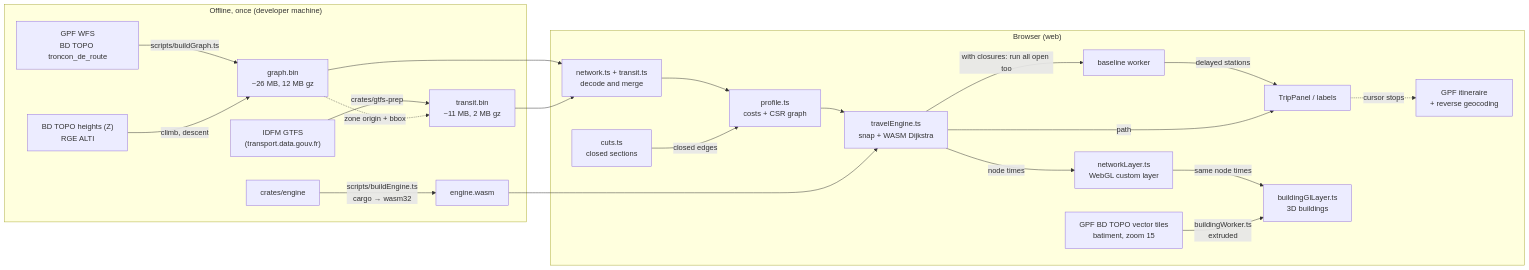
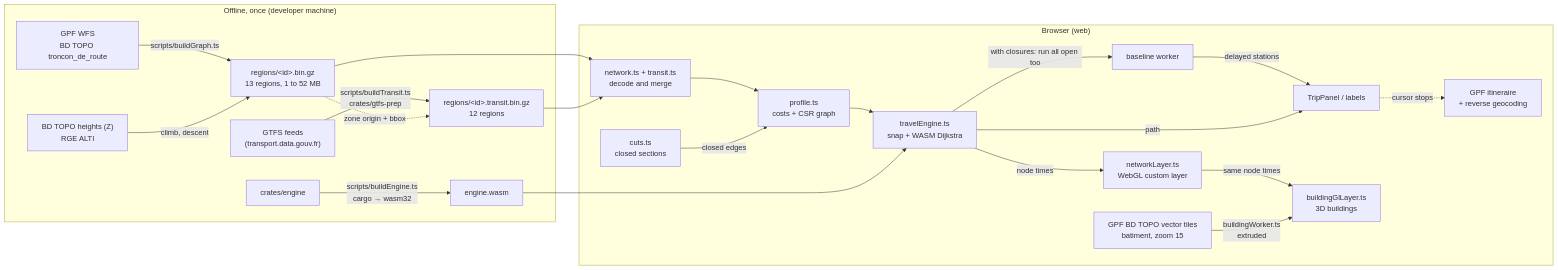
Before and after one commit to IGNF/geo-reach: the first of 2 diagrams in docs/architecture.md, drawn with Mermaid. The commit also changed other lines of this file and 26 other files, not shown here.

````diff
--- a/docs/architecture.md
+++ b/docs/architecture.md
@@ -9,27 +9,27 @@
 ```mermaid
 flowchart LR
   subgraph prep["Offline, once (developer machine)"]
-    WFS["GPF WFS<br/>BD TOPO troncon_de_route"] -->|scripts/buildGraph.ts| G[graph.bin<br/>~26 MB, 12 MB gz]
+    WFS["GPF WFS<br/>BD TOPO troncon_de_route"] -->|scripts/buildGraph.ts| G["regions/&lt;id&gt;.bin.gz<br/>13 regions, 1 to 52 MB"]
     Z["BD TOPO heights (Z)<br/>RGE ALTI"] -->|climb, descent| G
-    GTFS["IDFM GTFS<br/>(transport.data.gouv.fr)"] -->|crates/gtfs-prep| T[transit.bin<br/>~11 MB, 2 MB gz]
+    GTFS["GTFS feeds<br/>(transport.data.gouv.fr)"] -->|scripts/buildTransit.ts<br/>crates/gtfs-prep| T["regions/&lt;id&gt;.transit.bin.gz<br/>12 regions"]
     G -. zone origin + bbox .-> T
     RS[crates/engine] -->|scripts/buildEngine.ts<br/>cargo → wasm32| W[engine.wasm]
   end
 
   subgraph browser["Browser (web)"]
     L[network.ts + transit.ts<br/>decode and merge] --> P[profile.ts<br/>costs + CSR graph]
     C[cuts.ts<br/>closed sections] -->|closed edges| P
     P --> E[travelEngine.ts<br/>snap + WASM Dijkstra]
     E -->|with closures: run all open too| B[baseline worker]
     B -->|delayed stations| UI
     E -->|node times| R[networkLayer.ts<br/>WebGL custom layer]
     R -->|same node times| BG[buildingGlLayer.ts<br/>3D buildings]
     E -->|path| UI[TripPanel / labels]
     UI -.cursor stops.-> GPF["GPF itineraire<br/>+ reverse geocoding"]
     BT["GPF BD TOPO vector tiles<br/>batiment, zoom 15"] -->|buildingWorker.ts<br/>extruded| BG
   end
 
   G --> L
   T --> L
   W --> E
 ```
````
